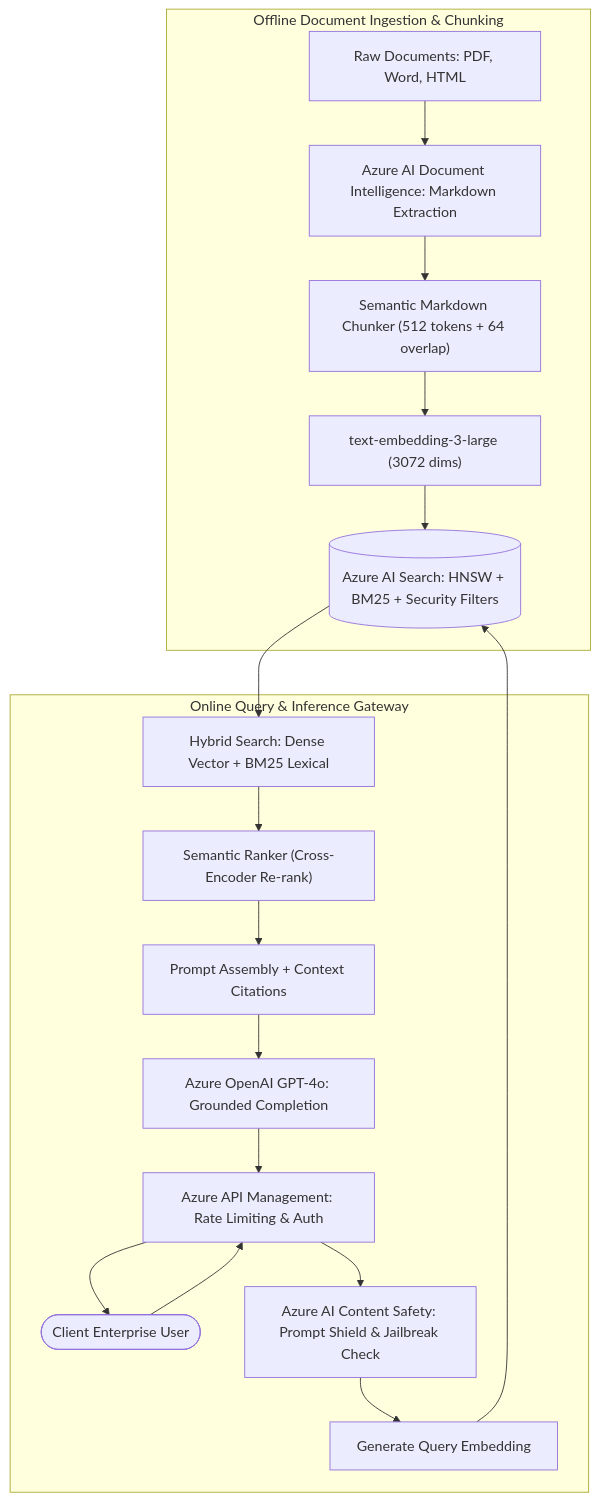
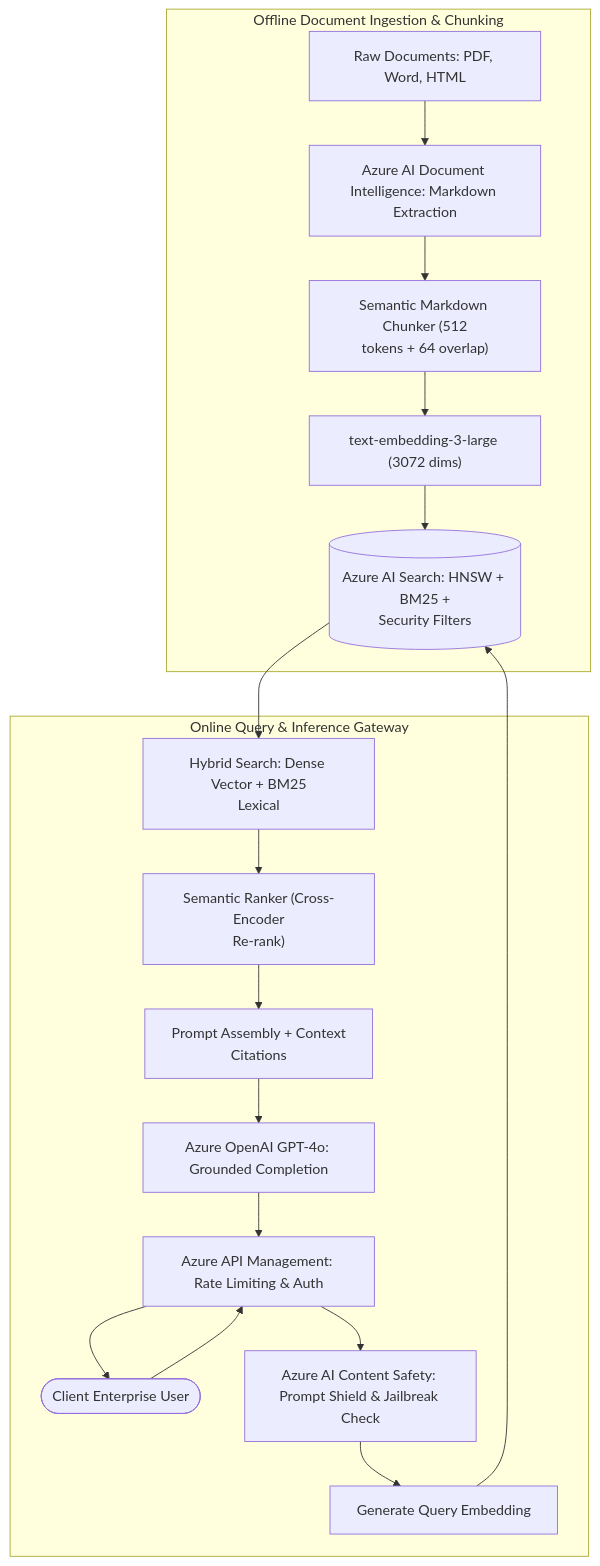
The first of 3 diagrams in architectures/genai-rag-openai-search.md (santoshjammi29/azure-cheat-sheet), drawn with Mermaid before and after one commit. The commit also changed other lines of this file and 15 other files, not shown here.

Commit message:
fix(diagrams): word-wrap labels and escape comparison operators across all diagrams

````diff
--- a/architectures/genai-rag-openai-search.md
+++ b/architectures/genai-rag-openai-search.md
@@ -35,22 +35,22 @@
 ```mermaid
 flowchart TD
     subgraph Ingestion_Pipeline["Offline Document Ingestion & Chunking"]
         Docs[Raw Documents: PDF, Word, HTML] --> DocIntel[Azure AI Document Intelligence: Markdown Extraction]
-        DocIntel --> Chunker["Semantic Markdown Chunker (512 tokens + 64 overlap)"]
+        DocIntel --> Chunker["Semantic Markdown Chunker (512<br/>tokens + 64 overlap)"]
         Chunker --> EmbedModel["text-embedding-3-large (3072 dims)"]
-        EmbedModel --> VectorStore[(Azure AI Search: HNSW + BM25 + Security Filters)]
+        EmbedModel --> VectorStore[("Azure AI Search: HNSW + BM25 +<br/>Security Filters")]
     end
 
     subgraph Runtime_Query_Gateway["Online Query & Inference Gateway"]
         User([Client Enterprise User]) --> APIM[Azure API Management: Rate Limiting & Auth]
         APIM --> ContentSafety[Azure AI Content Safety: Prompt Shield & Jailbreak Check]
         ContentSafety --> QueryEmbed[Generate Query Embedding]
         QueryEmbed --> VectorStore
-        VectorStore --> HybridSearch["Hybrid Search: Dense Vector + BM25 Lexical"]
-        HybridSearch --> SemanticRanker["Semantic Ranker (Cross-Encoder Re-rank)"]
-        SemanticRanker --> PromptAsm["Prompt Assembly + Context Citations"]
+        VectorStore --> HybridSearch["Hybrid Search: Dense Vector + BM25<br/>Lexical"]
+        HybridSearch --> SemanticRanker["Semantic Ranker (Cross-Encoder<br/>Re-rank)"]
+        SemanticRanker --> PromptAsm["Prompt Assembly + Context<br/>Citations"]
         PromptAsm --> GPT4o[Azure OpenAI GPT-4o: Grounded Completion]
         GPT4o --> APIM
         APIM --> User
     end
 ```
````
